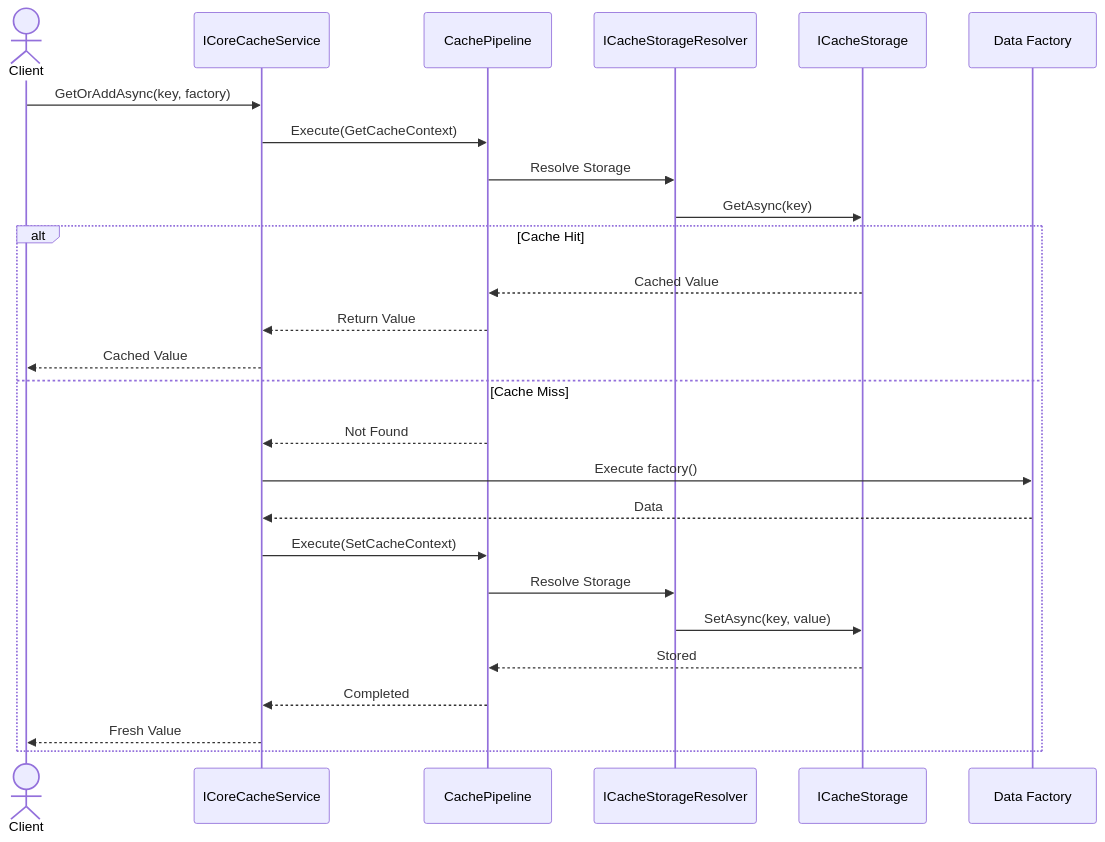
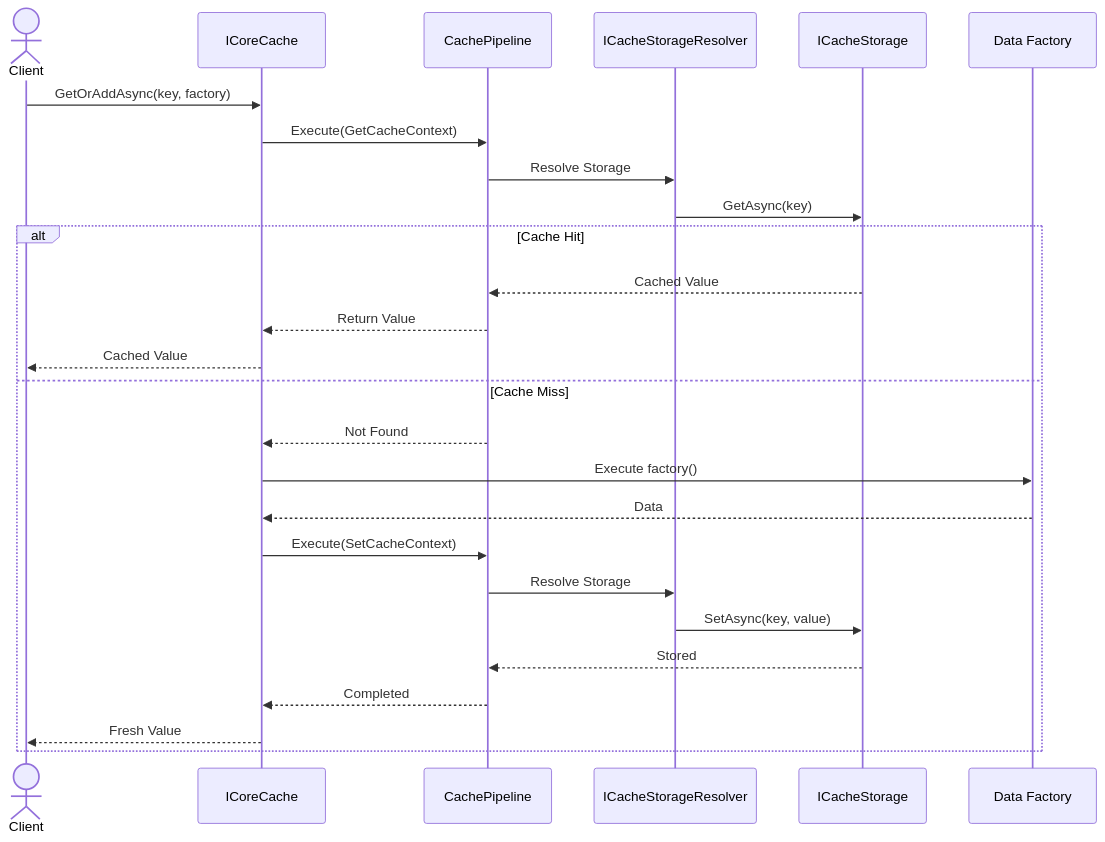
Before and after one commit to FEDERIN/CoreSystem: the fourth of 4 diagrams in docs/Cache/03-architecture-and-pipeline.md, drawn with Mermaid. The commit also changed other lines of this file and 5 other files, not shown here.

````diff
--- a/docs/Cache/03-architecture-and-pipeline.md
+++ b/docs/Cache/03-architecture-and-pipeline.md
@@ -209,47 +209,47 @@
 ```mermaid
 sequenceDiagram
 
     actor Client
 
-    participant Cache as ICoreCacheService
+    participant Cache as ICoreCache
     participant Pipeline as CachePipeline
     participant Resolver as ICacheStorageResolver
     participant Storage as ICacheStorage
     participant Factory as Data Factory
 
     Client->>Cache: GetOrAddAsync(key, factory)
 
     Cache->>Pipeline: Execute(GetCacheContext)
 
     Pipeline->>Resolver: Resolve Storage
 
     Resolver->>Storage: GetAsync(key)
 
     alt Cache Hit
 
         Storage-->>Pipeline: Cached Value
         Pipeline-->>Cache: Return Value
         Cache-->>Client: Cached Value
 
     else Cache Miss
 
         Pipeline-->>Cache: Not Found
 
         Cache->>Factory: Execute factory()
 
         Factory-->>Cache: Data
 
         Cache->>Pipeline: Execute(SetCacheContext)
 
         Pipeline->>Resolver: Resolve Storage
 
         Resolver->>Storage: SetAsync(key, value)
 
         Storage-->>Pipeline: Stored
 
         Pipeline-->>Cache: Completed
 
         Cache-->>Client: Fresh Value
 
     end
 ```
````
